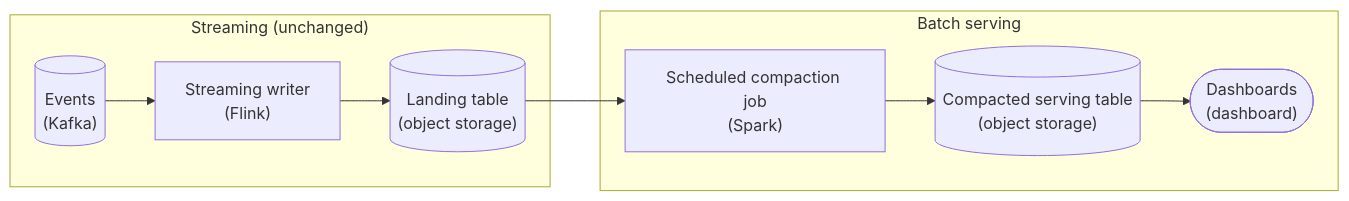
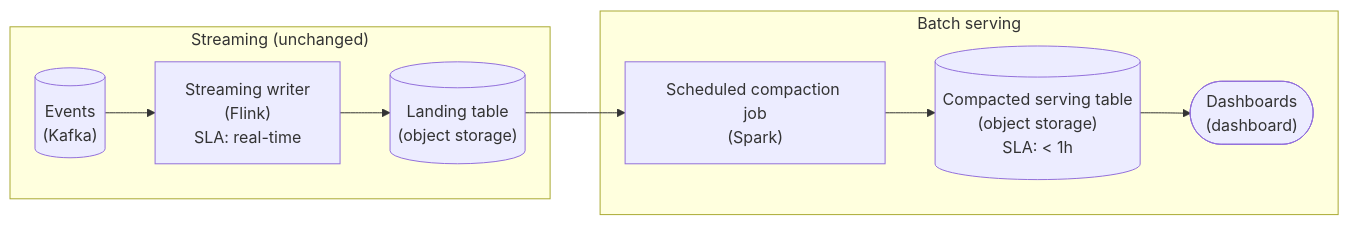
One commit to Dulain-Willis/study-helper changed the first of 4 diagrams in lesson_preview/interview/architecture/pipeline_where_data_lives_intermediate.md. Above: the diagram before and after it, drawn with Mermaid. The commit also changed other lines of this file and 26 other files, not shown here.

First line of the commit message:
Mermaid diagrams: show tags and extra values inside each node (#43)

````diff
--- a/lesson_preview/interview/architecture/pipeline_where_data_lives_intermediate.md
+++ b/lesson_preview/interview/architecture/pipeline_where_data_lives_intermediate.md
@@ -261,18 +261,18 @@
 ```mermaid
 flowchart LR
     subgraph L0["Streaming (unchanged)"]
         n0[("Events<br/>(Kafka)")]
-        n1["Streaming writer<br/>(Flink)"]
+        n1["Streaming writer<br/>(Flink)<br/>SLA: real-time"]
         n2[("Landing table<br/>(object storage)")]
     end
     subgraph L1["Batch serving"]
         n3["Scheduled compaction job<br/>(Spark)"]
-        n4[("Compacted serving table<br/>(object storage)")]
+        n4[("Compacted serving table<br/>(object storage)<br/>SLA: #60; 1h")]
         n5(["Dashboards<br/>(dashboard)"])
     end
     n0 --> n1
     n1 --> n2
     n2 --> n3
     n3 --> n4
     n4 --> n5
 ```
````
